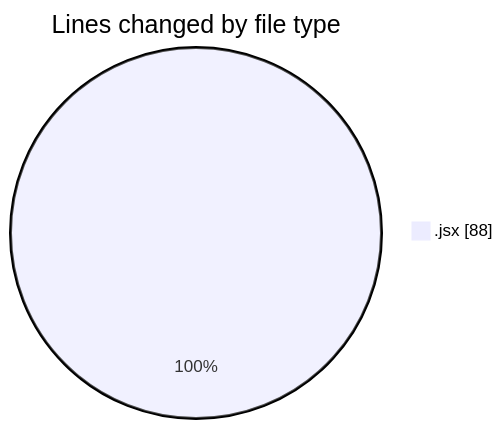
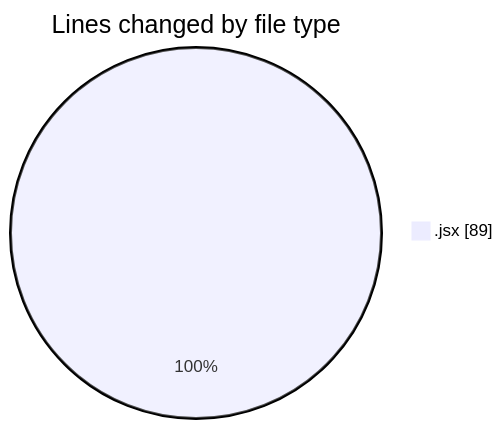
The first of 2 diagrams in 2025-01-29/react/README.md (Elitesun/code-tracking), drawn with Mermaid before and after one commit. The commit also changed other lines of this file and 1 other file, not shown here.

````diff
--- a/2025-01-29/react/README.md
+++ b/2025-01-29/react/README.md
@@ -24,5 +25,5 @@
 ```mermaid
 pie showData
 title Lines changed by file type
-".jsx" : 88
+".jsx" : 89
 ```
````
